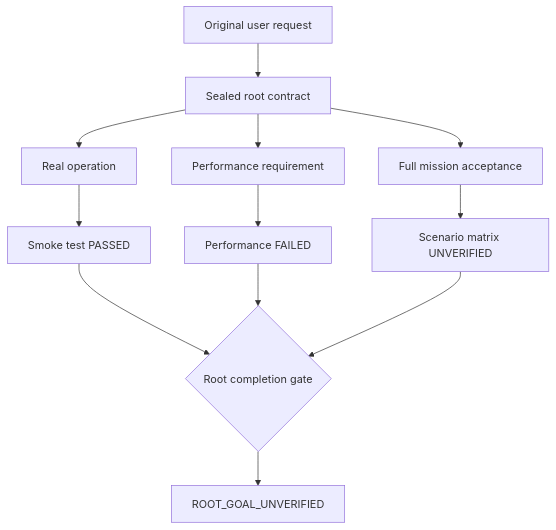
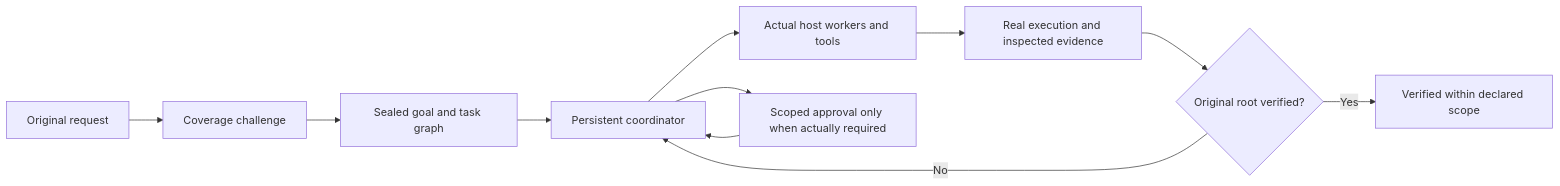
Before and after one commit to abdoabozena7/HarrTest: the diagram in README.md, drawn with Mermaid. The commit also changed other lines of this file and 39 other files, not shown here.

Commit message:
feat: ship HarrTest v3 durable coordination and original-goal verification

````diff
--- a/README.md
+++ b/README.md
@@ -61,14 +64,13 @@
 ```mermaid
-flowchart TD
-  U[Original user request] --> R[Sealed root contract]
-  R --> A[Real operation]
-  R --> B[Performance requirement]
-  R --> C[Full mission acceptance]
-  A --> D[Smoke test PASSED]
-  B --> E[Performance FAILED]
-  C --> F[Scenario matrix UNVERIFIED]
-  D --> G{Root completion gate}
-  E --> G
-  F --> G
-  G --> H[ROOT_GOAL_UNVERIFIED]
+flowchart LR
+    U[Original request] --> C[Coverage challenge]
+    C --> P[Sealed goal and task graph]
+    P --> S[Persistent coordinator]
+    S --> W[Actual host workers and tools]
+    W --> E[Real execution and inspected evidence]
+    E --> G{Original root verified?}
+    G -- No --> S
+    G -- Yes --> D[Verified within declared scope]
+    S --> A[Scoped approval only when actually required]
+    A --> S
 ```
````
